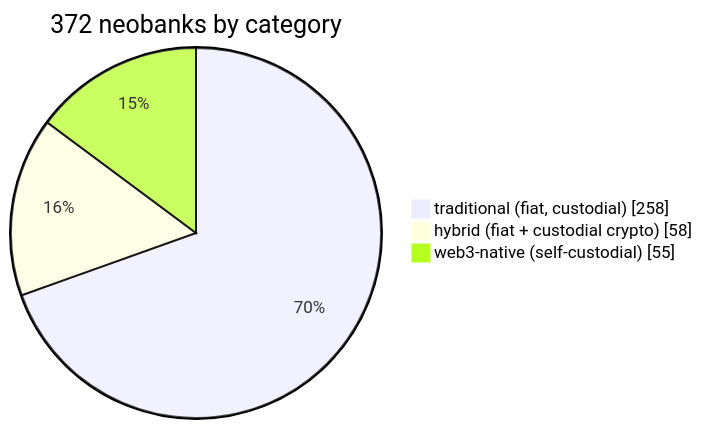
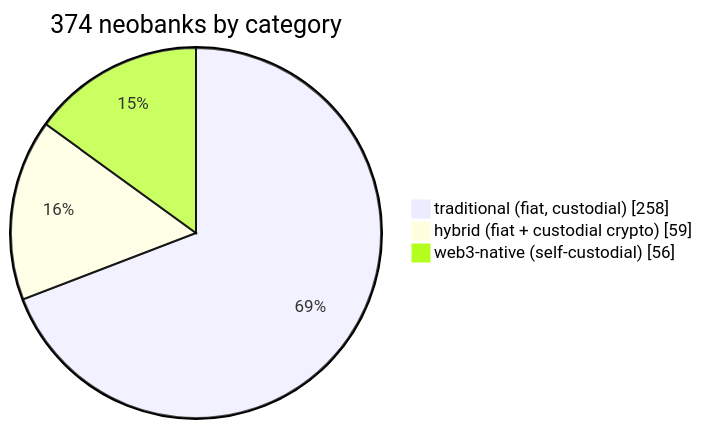
One commit to andreolf/neobankbeat changed the first of 3 diagrams in README.md. Above: the diagram before and after it, drawn with Mermaid. The commit also changed other lines of this file and 871 other files, not shown here.

````diff
--- a/README.md
+++ b/README.md
@@ -41,6 +41,6 @@
 ```mermaid
-pie showData title 372 neobanks by category
+pie showData title 374 neobanks by category
     "traditional (fiat, custodial)" : 258
-    "hybrid (fiat + custodial crypto)" : 58
-    "web3-native (self-custodial)" : 55
+    "hybrid (fiat + custodial crypto)" : 59
+    "web3-native (self-custodial)" : 56
 ```
````
